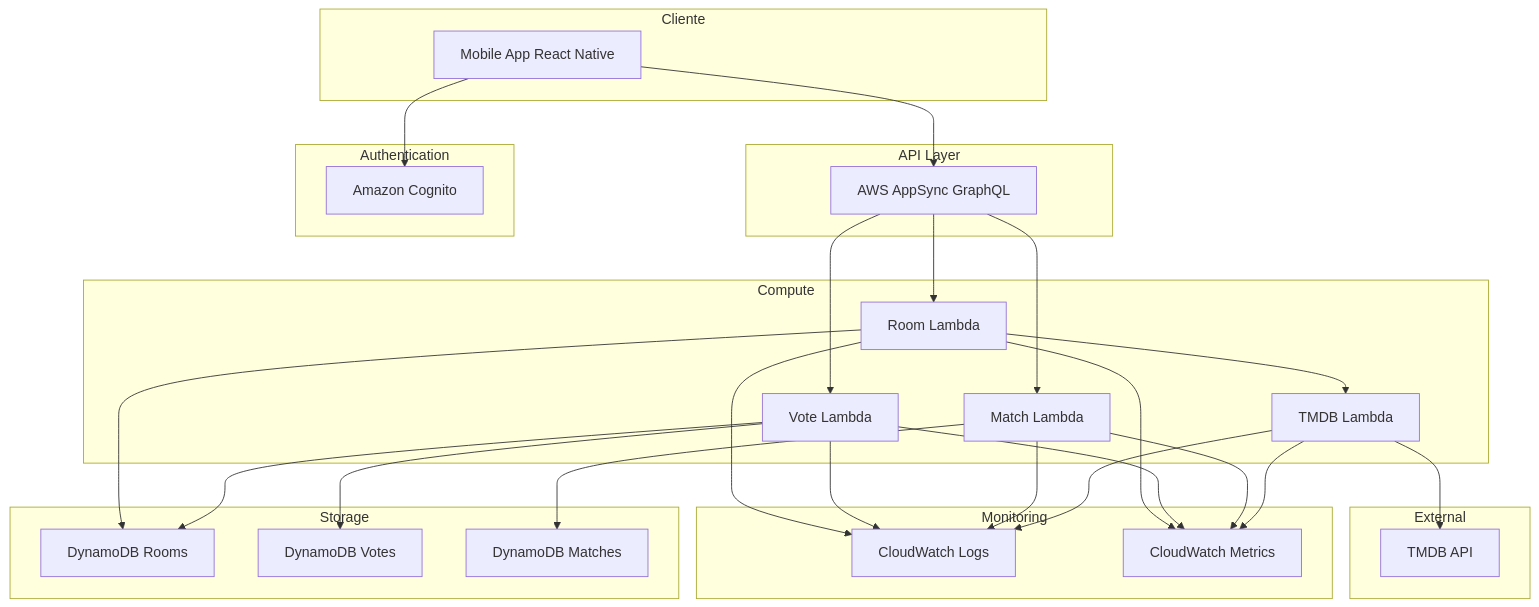
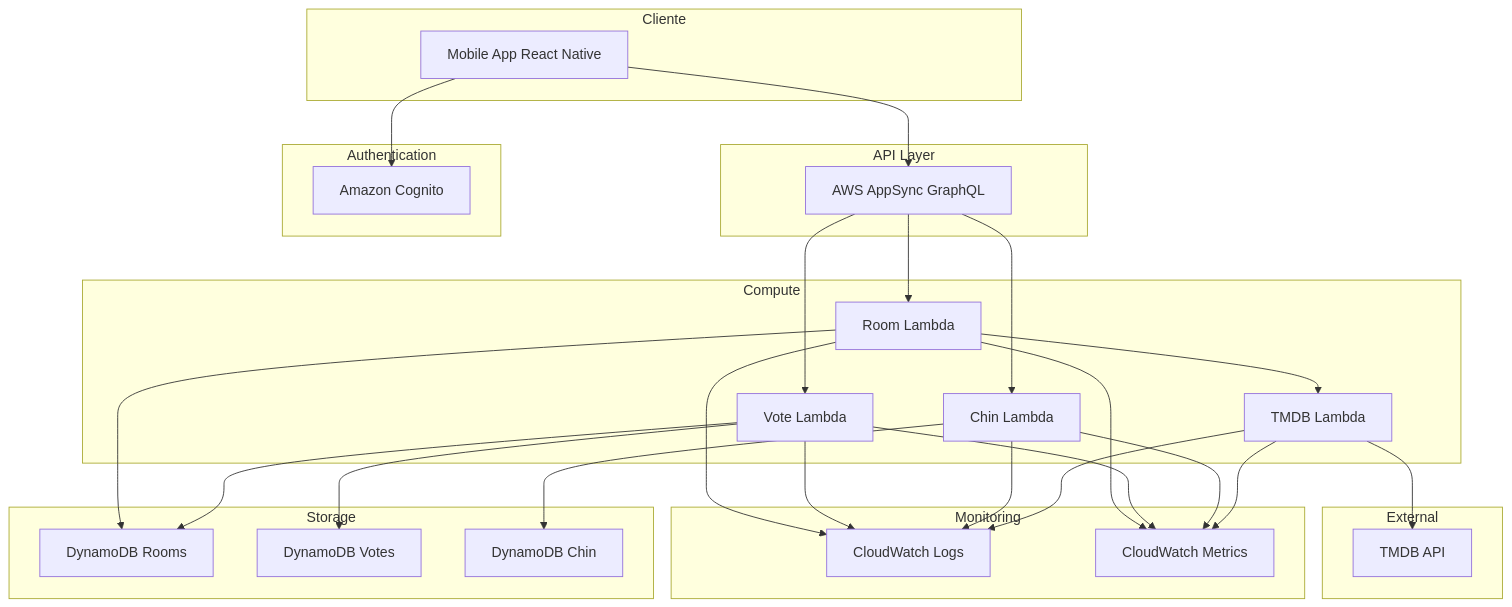
One commit to ibanezbetes/trinity-movie-voting changed the third of 3 diagrams in docs/technical/03-aws-services.md. Above: the diagram before and after it, drawn with Mermaid. The commit also changed other lines of this file and 54 other files, not shown here.

````diff
--- a/docs/technical/03-aws-services.md
+++ b/docs/technical/03-aws-services.md
@@ -398,56 +398,56 @@
 ```mermaid
 graph TB
     subgraph "Cliente"
         A[Mobile App React Native]
     end
     
     subgraph "API Layer"
         B[AWS AppSync GraphQL]
     end
     
     subgraph "Authentication"
         C[Amazon Cognito]
     end
     
     subgraph "Compute"
         D[Room Lambda]
         E[Vote Lambda]
-        F[Match Lambda]
+        F[Chin Lambda]
         G[TMDB Lambda]
     end
     
     subgraph "Storage"
         H[DynamoDB Rooms]
         I[DynamoDB Votes]
-        J[DynamoDB Matches]
+        J[DynamoDB Chin]
     end
     
     subgraph "External"
         K[TMDB API]
     end
     
     subgraph "Monitoring"
         L[CloudWatch Logs]
         M[CloudWatch Metrics]
     end
     
     A --> B
     A --> C
     B --> D
     B --> E
     B --> F
     D --> G
     D --> H
     E --> I
     E --> H
     F --> J
     G --> K
     D --> L
     E --> L
     F --> L
     G --> L
     D --> M
     E --> M
     F --> M
     G --> M
 ```
````
